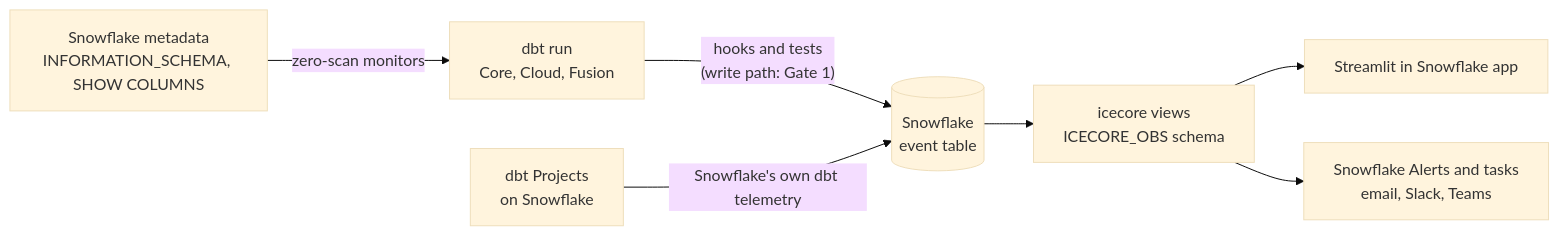
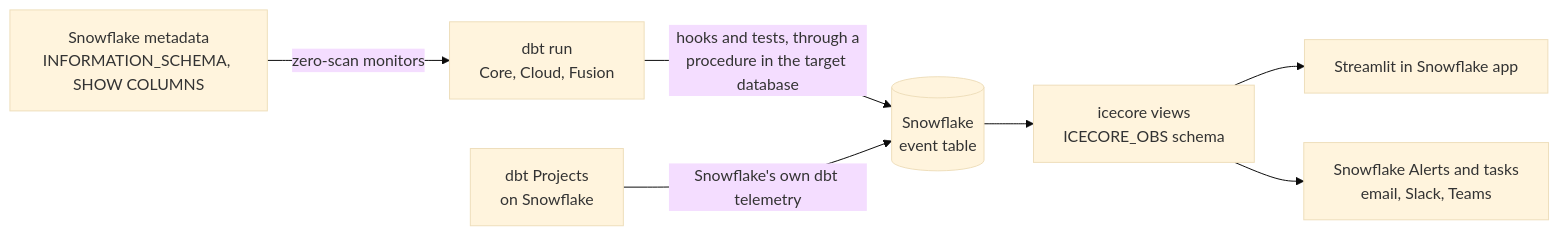
Before and after one commit to CRITHINK-DEV/icecore: the diagram in README.md, drawn with Mermaid (base theme). The commit also changed other lines of this file, not shown here.

First line of the commit message:
docs(readme): review round 1, align claims with Gate 1, S1 and S5

````diff
--- a/README.md
+++ b/README.md
@@ -63,9 +63,9 @@
 ```mermaid
 flowchart LR
-    run["dbt run<br/>Core, Cloud, Fusion"] -- "hooks and tests<br/>(write path: Gate 1)" --> et[("Snowflake<br/>event table")]
+    run["dbt run<br/>Core, Cloud, Fusion"] -- "hooks and tests, through a<br/>procedure in the target database" --> et[("Snowflake<br/>event table")]
     native["dbt Projects<br/>on Snowflake"] -- "Snowflake's own dbt telemetry" --> et
     meta["Snowflake metadata<br/>INFORMATION_SCHEMA, SHOW COLUMNS"] -- "zero-scan monitors" --> run
     et --> views["icecore views<br/>ICECORE_OBS schema"]
     views --> app["Streamlit in Snowflake app"]
     views --> alerts["Snowflake Alerts and tasks<br/>email, Slack, Teams"]
 ```
````
